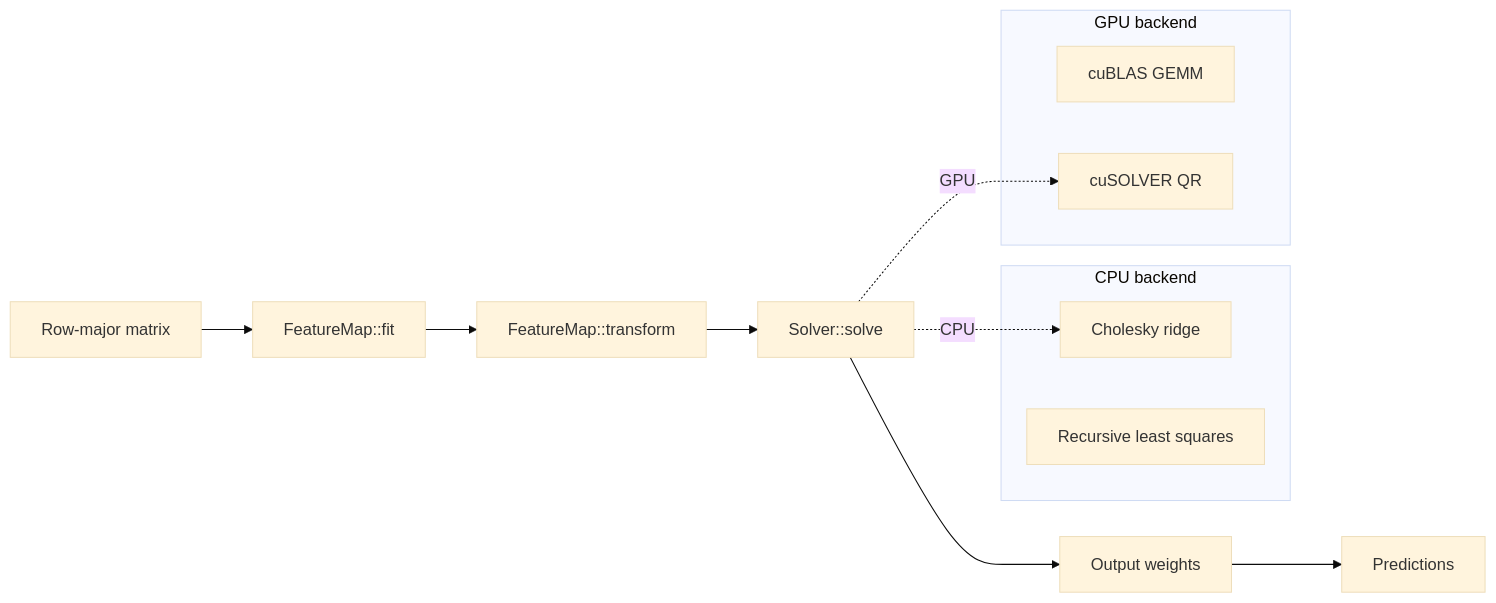
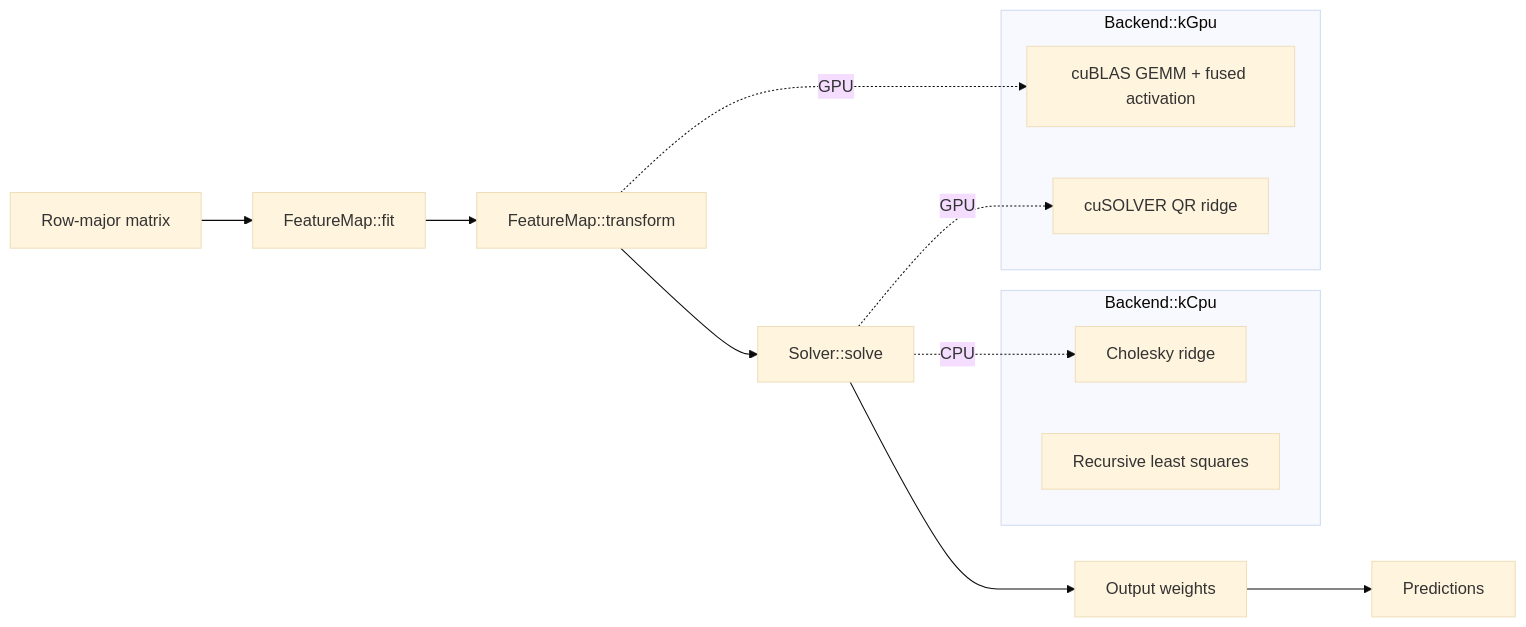
The diagram in README.md (e-choness/feature_extraction_cuda_elm), drawn with Mermaid (base theme) before and after one commit. The commit also changed other lines of this file and 98 other files, not shown here.

````diff
--- a/README.md
+++ b/README.md
@@ -32,21 +139,22 @@
 ```mermaid
 flowchart LR
     Data[Row-major matrix] --> Fit[FeatureMap::fit]
     Fit --> Transform[FeatureMap::transform]
     Transform --> Solve[Solver::solve]
     Solve --> Weights[Output weights]
     Weights --> Predict[Predictions]
 
-    subgraph CPU[CPU backend]
+    subgraph CPU[Backend::kCpu]
         Cholesky[Cholesky ridge]
         RLS[Recursive least squares]
     end
 
-    subgraph GPU[GPU backend]
-        GEMM[cuBLAS GEMM]
-        QR[cuSOLVER QR]
+    subgraph GPU[Backend::kGpu]
+        GEMM[cuBLAS GEMM + fused activation]
+        QR[cuSOLVER QR ridge]
     end
 
+    Transform -. GPU .-> GEMM
     Solve -. CPU .-> Cholesky
     Solve -. GPU .-> QR
 ```
````
